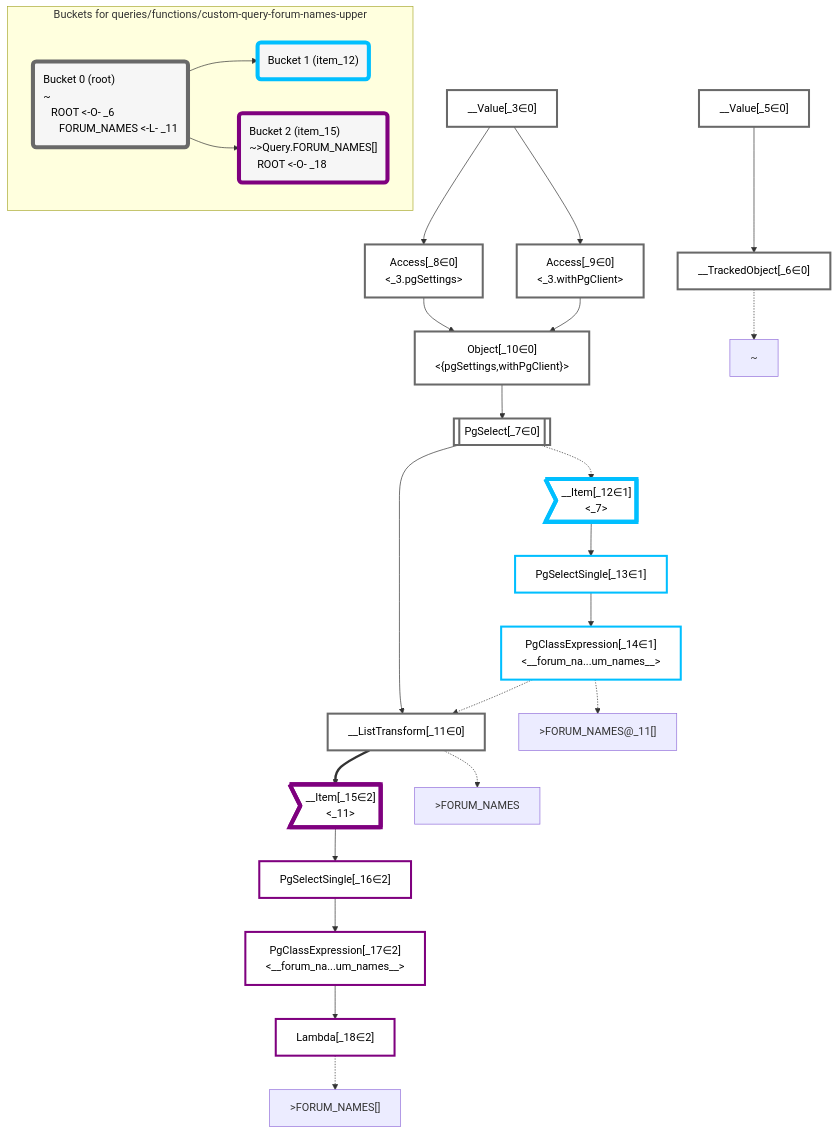
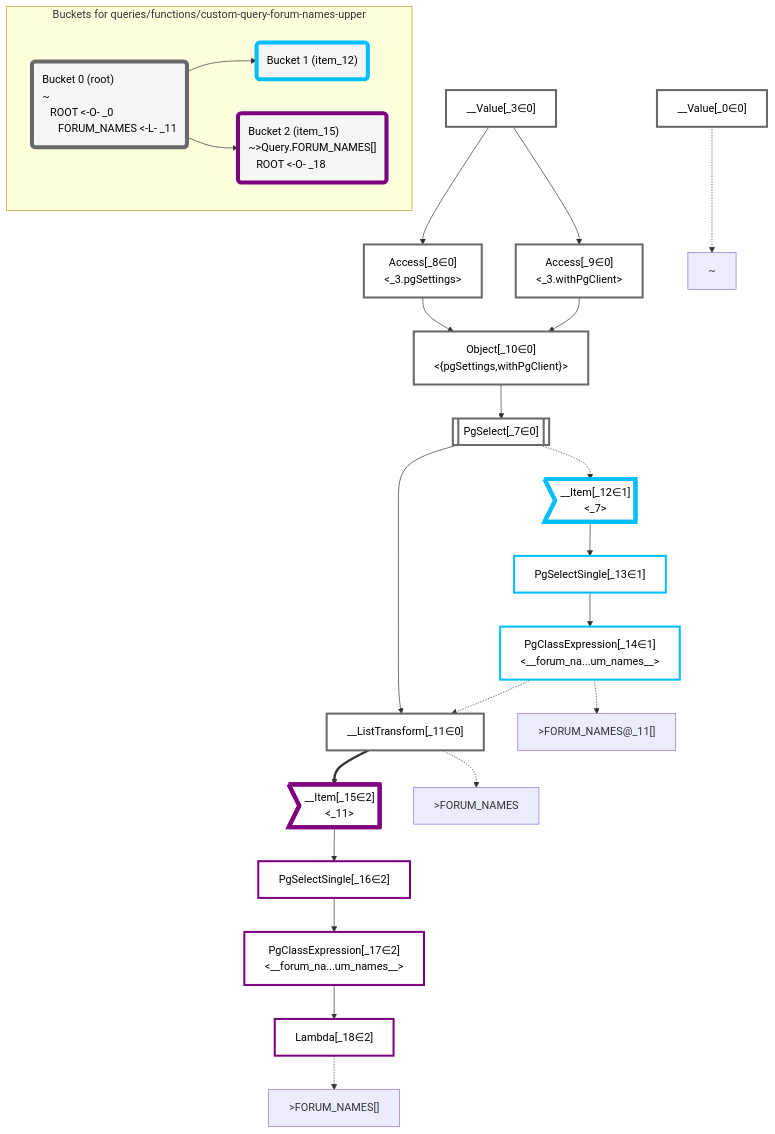
The diagram in packages/dataplan-pg/__tests__/queries/functions/custom-query-forum-names-upper.deopt.mermaid.md (graphile/crystal), drawn with Mermaid before and after one commit. The commit also changed 193 other files, not shown here.

Commit message:
Update test plan snapshots with new root plan

````diff
--- a/packages/dataplan-pg/__tests__/queries/functions/custom-query-forum-names-upper.deopt.mermaid.md
+++ b/packages/dataplan-pg/__tests__/queries/functions/custom-query-forum-names-upper.deopt.mermaid.md
@@ -1,72 +1,70 @@
 ```mermaid
 graph TD
     classDef path fill:#eee,stroke:#000,color:#000
     classDef plan fill:#fff,stroke-width:3px,color:#000
     classDef itemplan fill:#fff,stroke-width:6px,color:#000
     classDef sideeffectplan fill:#f00,stroke-width:6px,color:#000
     classDef bucket fill:#f6f6f6,color:#000,stroke-width:6px,text-align:left
 
 
     %% define plans
+    __Value_0["__Value[_0∈0]"]:::plan
     __Value_3["__Value[_3∈0]<br /><context>"]:::plan
-    __Value_5["__Value[_5∈0]<br /><rootValue>"]:::plan
-    __TrackedObject_6["__TrackedObject[_6∈0]"]:::plan
     PgSelect_7[["PgSelect[_7∈0]<br /><forum_names>"]]:::plan
     Access_8["Access[_8∈0]<br /><_3.pgSettings>"]:::plan
     Access_9["Access[_9∈0]<br /><_3.withPgClient>"]:::plan
     Object_10["Object[_10∈0]<br /><{pgSettings,withPgClient}>"]:::plan
     __ListTransform_11["__ListTransform[_11∈0]<br /><each:_7>"]:::plan
     __Item_12>"__Item[_12∈1]<br /><_7>"]:::itemplan
     PgSelectSingle_13["PgSelectSingle[_13∈1]<br /><text>"]:::plan
     PgClassExpression_14["PgClassExpression[_14∈1]<br /><__forum_na...um_names__>"]:::plan
     __Item_15>"__Item[_15∈2]<br /><_11>"]:::itemplan
     PgSelectSingle_16["PgSelectSingle[_16∈2]<br /><text>"]:::plan
     PgClassExpression_17["PgClassExpression[_17∈2]<br /><__forum_na...um_names__>"]:::plan
     Lambda_18["Lambda[_18∈2]"]:::plan
 
     %% plan dependencies
-    __Value_5 --> __TrackedObject_6
     Object_10 --> PgSelect_7
     __Value_3 --> Access_8
     __Value_3 --> Access_9
     Access_8 --> Object_10
     Access_9 --> Object_10
     PgSelect_7 --> __ListTransform_11
     PgClassExpression_14 -.-> __ListTransform_11
     PgSelect_7 -.-> __Item_12
     __Item_12 --> PgSelectSingle_13
     PgSelectSingle_13 --> PgClassExpression_14
     __ListTransform_11 ==> __Item_15
     __Item_15 --> PgSelectSingle_16
     PgSelectSingle_16 --> PgClassExpression_17
     PgClassExpression_17 --> Lambda_18
 
     %% plan-to-path relationships
-    P_6["~"]
-    __TrackedObject_6 -.-> P_6
+    P_0["~"]
+    __Value_0 -.-> P_0
     P_11[">FORUM_NAMES"]
     __ListTransform_11 -.-> P_11
     P_14[">FORUM_NAMES@_11[]"]
     PgClassExpression_14 -.-> P_14
     P_18[">FORUM_NAMES[]"]
     Lambda_18 -.-> P_18
 
     %% allocate buckets
     classDef bucket0 stroke:#696969
-    class __Value_3,__Value_5,__TrackedObject_6,PgSelect_7,Access_8,Access_9,Object_10,__ListTransform_11 bucket0
+    class __Value_0,__Value_3,PgSelect_7,Access_8,Access_9,Object_10,__ListTransform_11 bucket0
     classDef bucket1 stroke:#00bfff
     class __Item_12,PgSelectSingle_13,PgClassExpression_14 bucket1
     classDef bucket2 stroke:#7f007f
     class __Item_15,PgSelectSingle_16,PgClassExpression_17,Lambda_18 bucket2
 
     subgraph "Buckets for queries/functions/custom-query-forum-names-upper"
-    Bucket0("Bucket 0 (root)<br />~<br />⠀ROOT <-O- _6<br />⠀⠀FORUM_NAMES <-L- _11"):::bucket
+    Bucket0("Bucket 0 (root)<br />~<br />⠀ROOT <-O- _0<br />⠀⠀FORUM_NAMES <-L- _11"):::bucket
     style Bucket0 stroke:#696969
     Bucket1("Bucket 1 (item_12)"):::bucket
     style Bucket1 stroke:#00bfff
     Bucket0 --> Bucket1
     Bucket2("Bucket 2 (item_15)<br />~>Query.FORUM_NAMES[]<br />⠀ROOT <-O- _18"):::bucket
     style Bucket2 stroke:#7f007f
     Bucket0 --> Bucket2
     end
 ```
````
